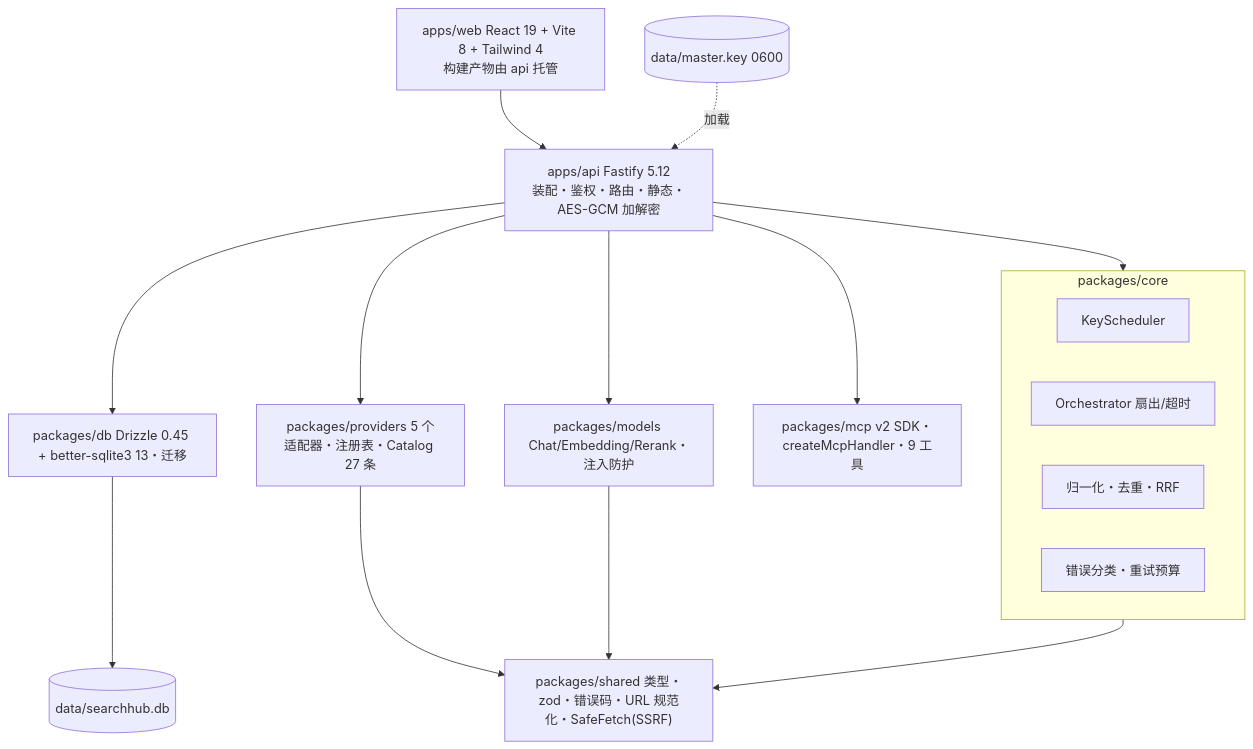
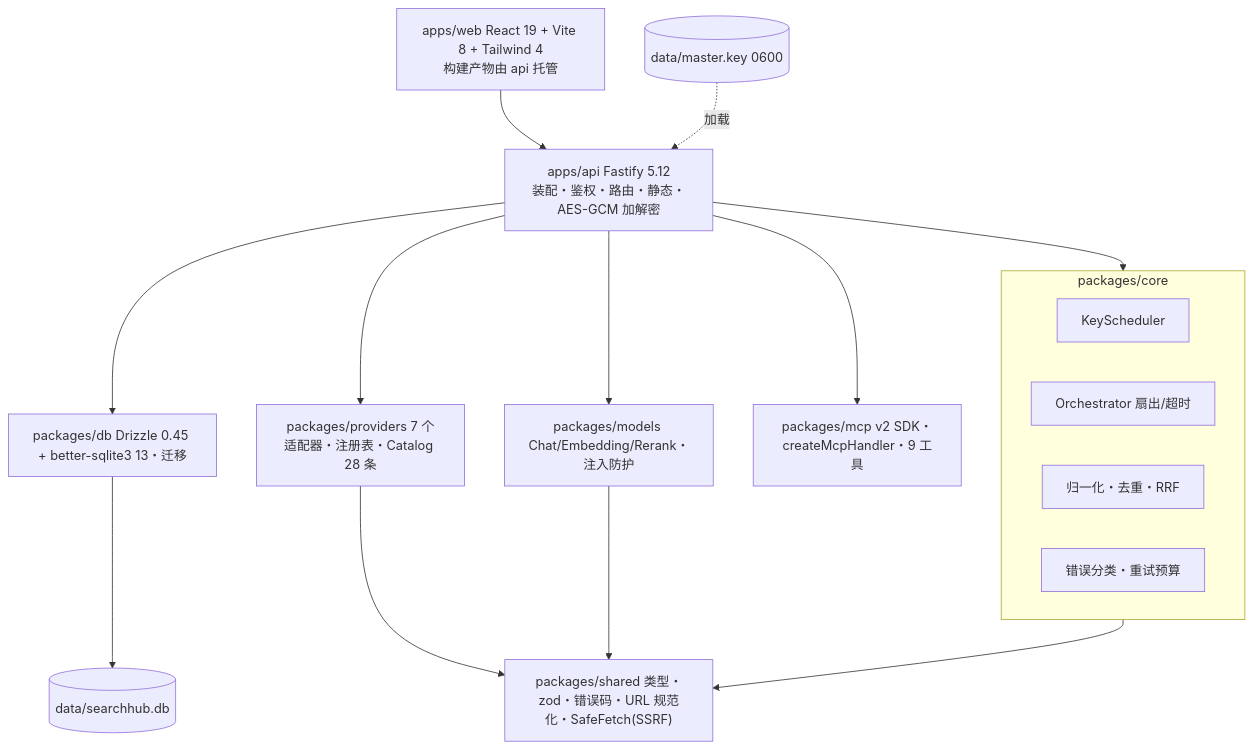
One commit to alicia1030su/search-hub changed the second of 4 diagrams in docs/architecture.md. Above: the diagram before and after it, drawn with Mermaid. The commit also changed other lines of this file and 95 other files, not shown here.

````diff
--- a/docs/architecture.md
+++ b/docs/architecture.md
@@ -46,29 +46,29 @@
 ```mermaid
 graph TB
   WEB["apps/web React 19 + Vite 8 + Tailwind 4<br/>构建产物由 api 托管"]
   API["apps/api Fastify 5.12<br/>装配・鉴权・路由・静态・AES-GCM 加解密"]
   subgraph core["packages/core"]
     KS["KeyScheduler"]
     ORC["Orchestrator 扇出/超时"]
     FUSE["归一化・去重・RRF"]
     ERR["错误分类・重试预算"]
   end
-  PR["packages/providers 5 个适配器・注册表・Catalog 27 条"]
+  PR["packages/providers 7 个适配器・注册表・Catalog 28 条"]
   MD["packages/models Chat/Embedding/Rerank・注入防护"]
   MC["packages/mcp v2 SDK・createMcpHandler・9 工具"]
   DB["packages/db Drizzle 0.45 + better-sqlite3 13・迁移"]
   SH2["packages/shared 类型・zod・错误码・URL 规范化・SafeFetch(SSRF)"]
   FS[("data/searchhub.db")]
   MK[("data/master.key 0600")]
   WEB --> API
   API --> core
   API --> MC
   API --> DB
   API --> PR
   API --> MD
   core --> SH2
   PR --> SH2
   MD --> SH2
   DB --> FS
   MK -.->|"加载"| API
 ```
````
